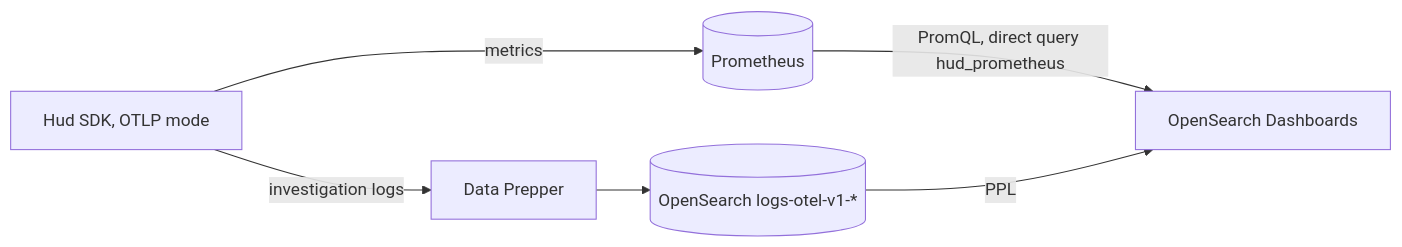
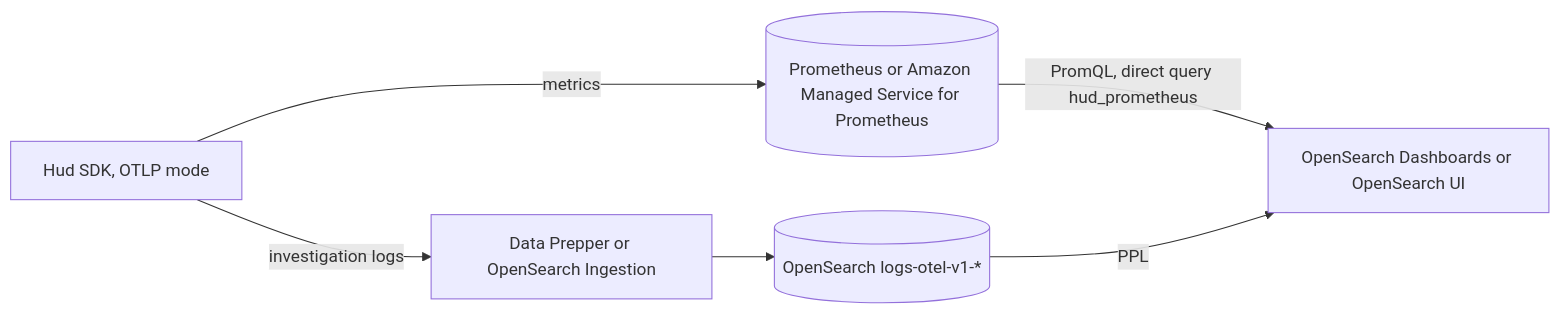
Before and after one commit to code-hud/opensearch-catalog: the diagram in integrations/observability/hud/README.md, drawn with Mermaid. The commit also changed other lines of this file and 2 other files, not shown here.

First line of the commit message:
Document Amazon OpenSearch Service and AMP setup for Hud

````diff
--- a/integrations/observability/hud/README.md
+++ b/integrations/observability/hud/README.md
@@ -11,7 +11,7 @@
 ```mermaid
 flowchart LR
-  SDK[Hud SDK, OTLP mode] -->|metrics| P[(Prometheus)]
-  SDK -->|investigation logs| DP[Data Prepper] --> OS[(OpenSearch logs-otel-v1-*)]
-  P -->|PromQL, direct query hud_prometheus| OSD[OpenSearch Dashboards]
+  SDK[Hud SDK, OTLP mode] -->|metrics| P[(Prometheus or Amazon Managed Service for Prometheus)]
+  SDK -->|investigation logs| DP[Data Prepper or OpenSearch Ingestion] --> OS[(OpenSearch logs-otel-v1-*)]
+  P -->|PromQL, direct query hud_prometheus| OSD[OpenSearch Dashboards or OpenSearch UI]
   OS -->|PPL| OSD
 ```
````
